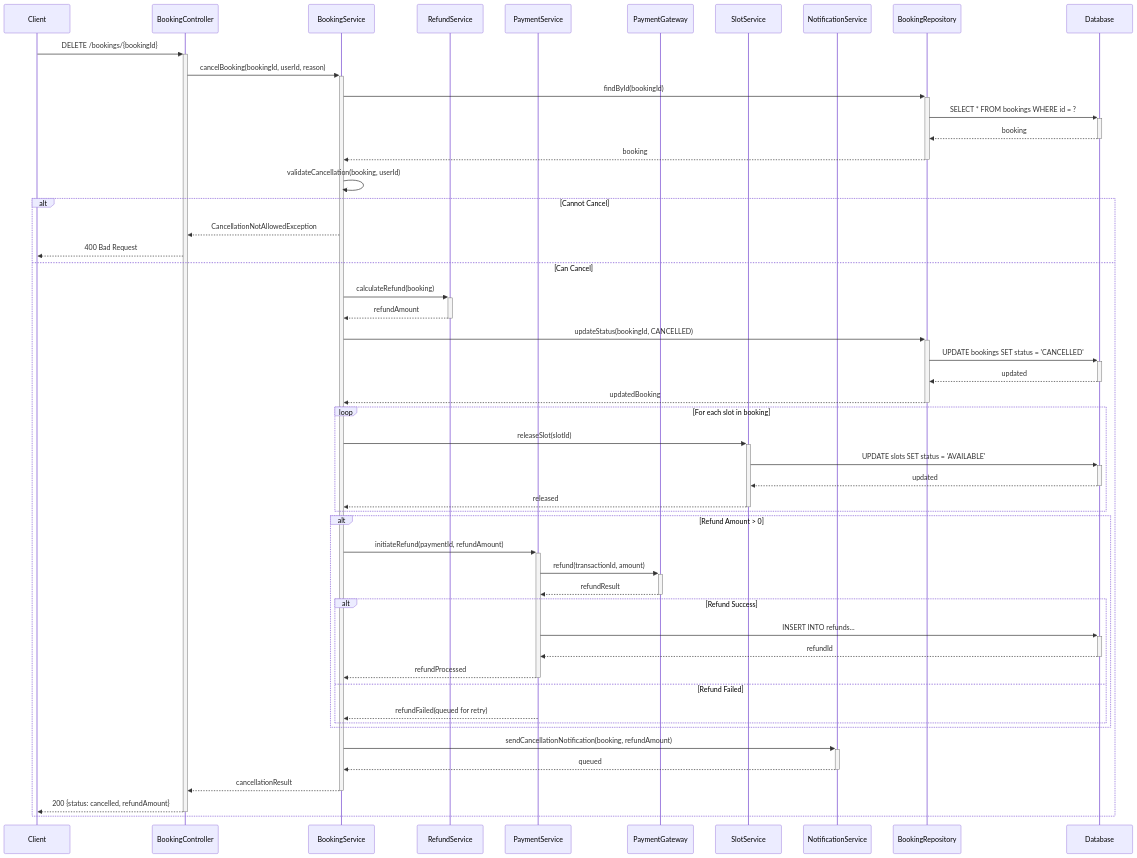
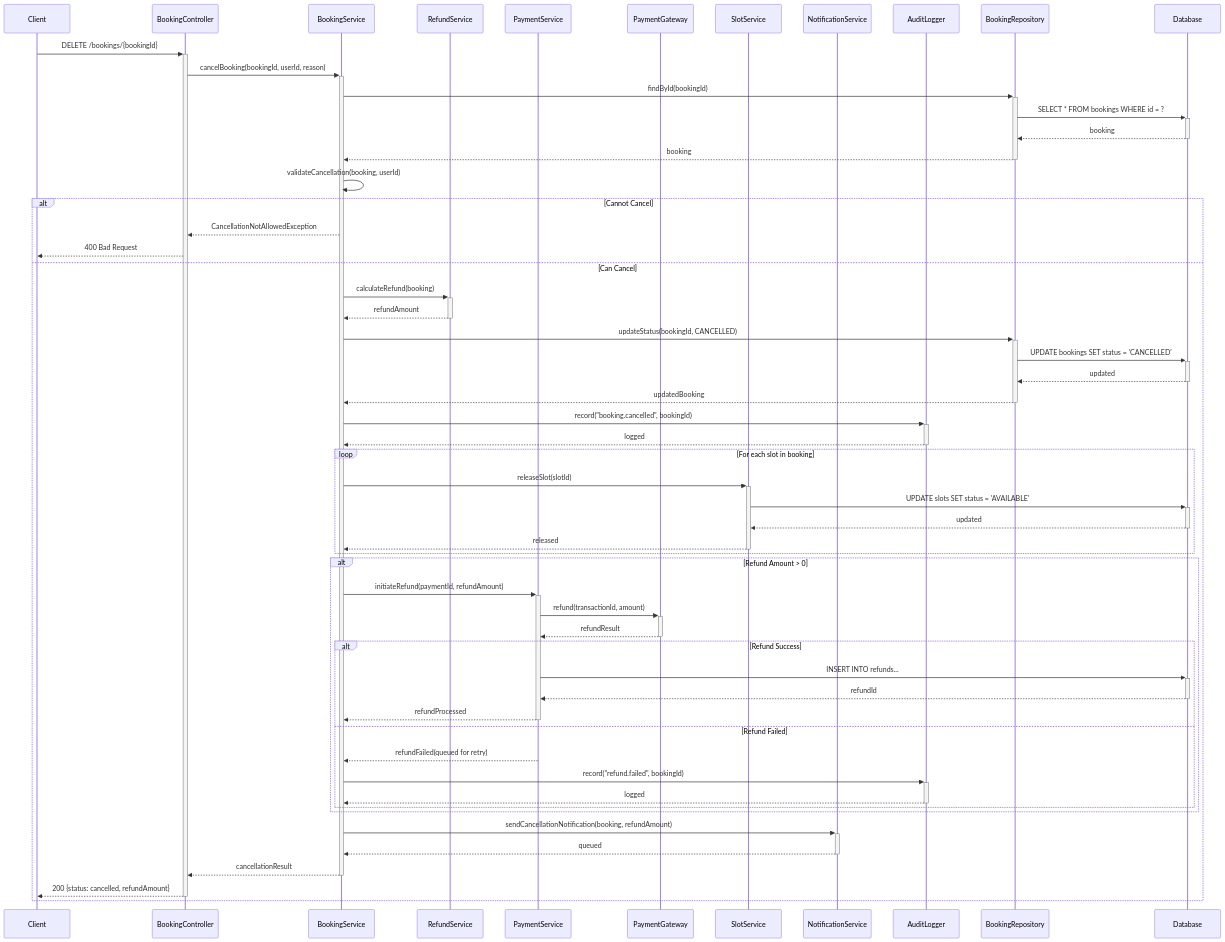
One commit to 0Ankit0/Project-Ideas changed the third of 7 diagrams in Slot Booking System/detailed-design/sequence-diagram.md. Above: the diagram before and after it, drawn with Mermaid. The commit also changed other lines of this file and 23 other files, not shown here.

First line of the commit message:
feat: Enhance Slot Booking System documentation and architecture

````diff
--- a/Slot Booking System/detailed-design/sequence-diagram.md
+++ b/Slot Booking System/detailed-design/sequence-diagram.md
@@ -168,69 +175,75 @@
 ```mermaid
 sequenceDiagram
     participant C as Client
     participant BC as BookingController
     participant BS as BookingService
     participant RS as RefundService
     participant PS as PaymentService
     participant PG as PaymentGateway
     participant SS as SlotService
     participant NS as NotificationService
+    participant AUD as AuditLogger
     participant BR as BookingRepository
     participant DB as Database
     
     C->>+BC: DELETE /bookings/{bookingId}
     BC->>+BS: cancelBooking(bookingId, userId, reason)
     
     BS->>+BR: findById(bookingId)
     BR->>+DB: SELECT * FROM bookings WHERE id = ?
     DB-->>-BR: booking
     BR-->>-BS: booking
     
     %% Validate cancellation
     BS->>BS: validateCancellation(booking, userId)
     
     alt Cannot Cancel
         BS-->>BC: CancellationNotAllowedException
         BC-->>C: 400 Bad Request
     else Can Cancel
         %% Calculate refund amount
         BS->>+RS: calculateRefund(booking)
         RS-->>-BS: refundAmount
         
         %% Update booking status
         BS->>+BR: updateStatus(bookingId, CANCELLED)
         BR->>+DB: UPDATE bookings SET status = 'CANCELLED'
         DB-->>-BR: updated
         BR-->>-BS: updatedBooking
+
+        BS->>+AUD: record("booking.cancelled", bookingId)
+        AUD-->>-BS: logged
         
         %% Release slots
         loop For each slot in booking
             BS->>+SS: releaseSlot(slotId)
             SS->>+DB: UPDATE slots SET status = 'AVAILABLE'
             DB-->>-SS: updated
             SS-->>-BS: released
         end
         
         %% Process refund if applicable
         alt Refund Amount > 0
             BS->>+PS: initiateRefund(paymentId, refundAmount)
             PS->>+PG: refund(transactionId, amount)
             PG-->>-PS: refundResult
             
             alt Refund Success
                 PS->>+DB: INSERT INTO refunds...
                 DB-->>-PS: refundId
                 PS-->>-BS: refundProcessed
             else Refund Failed
                 PS-->>BS: refundFailed(queued for retry)
+                BS->>+AUD: record("refund.failed", bookingId)
+                AUD-->>-BS: logged
             end
         end
         
         %% Send notifications
         BS->>+NS: sendCancellationNotification(booking, refundAmount)
         NS-->>-BS: queued
         
         BS-->>-BC: cancellationResult
         BC-->>-C: 200 {status: cancelled, refundAmount}
     end
 ```
````
